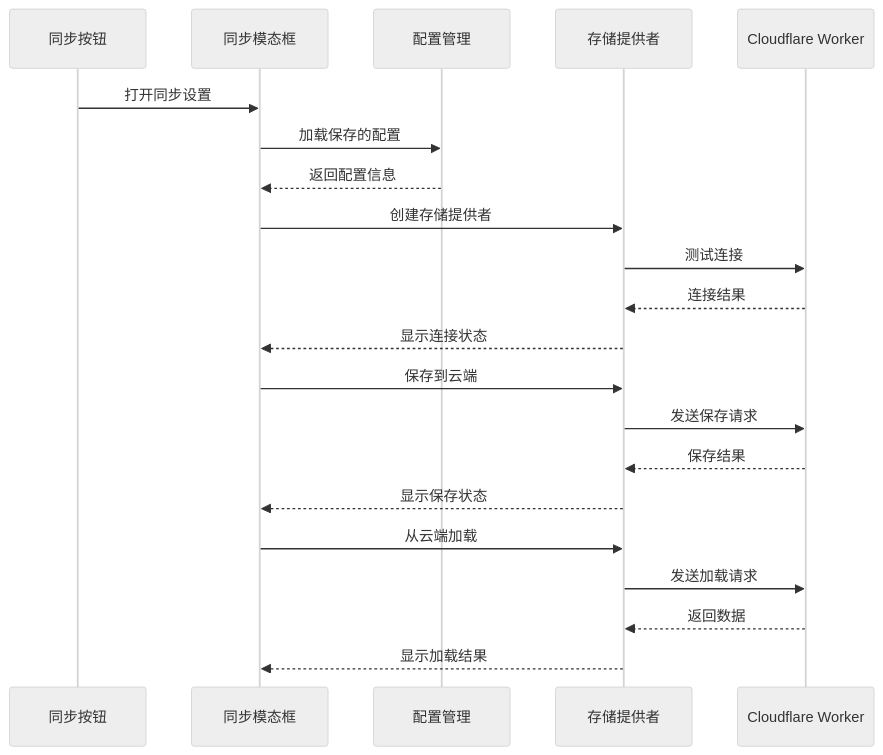
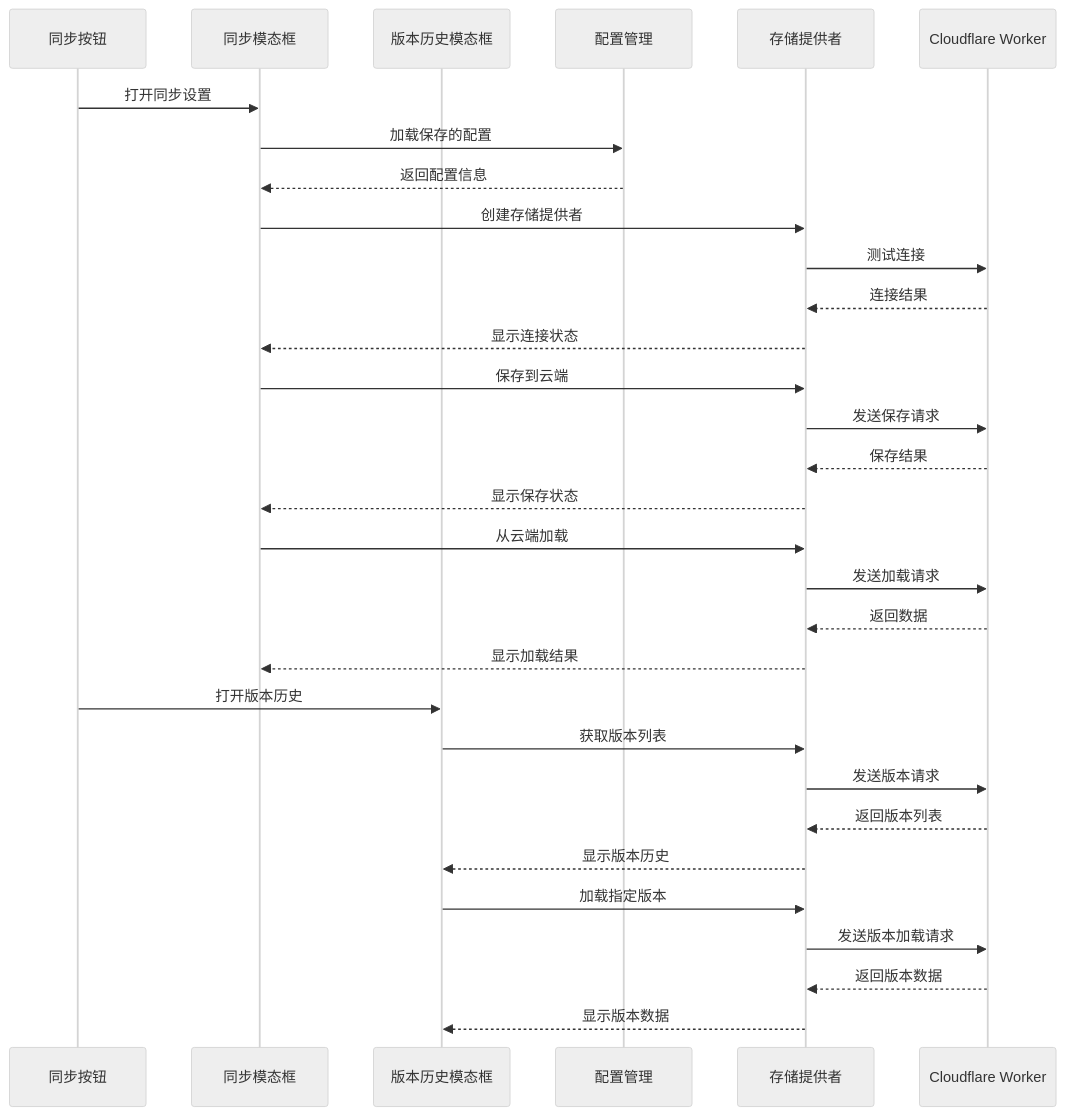
One commit to steveyu2/formula-mapper changed the sixth of 11 diagrams in .qoder/repowiki/zh/content/用户指南/数据管理/云存储系统.md. Above: the diagram before and after it, drawn with Mermaid (neutral theme). The commit also changed other lines of this file and 7 other files, not shown here.

````diff
--- a/.qoder/repowiki/zh/content/用户指南/数据管理/云存储系统.md
+++ b/.qoder/repowiki/zh/content/用户指南/数据管理/云存储系统.md
@@ -269,23 +288,33 @@
 ```mermaid
 sequenceDiagram
 participant Button as 同步按钮
 participant Modal as 同步模态框
+participant HistoryModal as 版本历史模态框
 participant Config as 配置管理
 participant Provider as 存储提供者
 participant Worker as Cloudflare Worker
 Button->>Modal : 打开同步设置
 Modal->>Config : 加载保存的配置
 Config-->>Modal : 返回配置信息
 Modal->>Provider : 创建存储提供者
 Provider->>Worker : 测试连接
 Worker-->>Provider : 连接结果
 Provider-->>Modal : 显示连接状态
 Modal->>Provider : 保存到云端
 Provider->>Worker : 发送保存请求
 Worker-->>Provider : 保存结果
 Provider-->>Modal : 显示保存状态
 Modal->>Provider : 从云端加载
 Provider->>Worker : 发送加载请求
 Worker-->>Provider : 返回数据
 Provider-->>Modal : 显示加载结果
+Button->>HistoryModal : 打开版本历史
+HistoryModal->>Provider : 获取版本列表
+Provider->>Worker : 发送版本请求
+Worker-->>Provider : 返回版本列表
+Provider-->>HistoryModal : 显示版本历史
+HistoryModal->>Provider : 加载指定版本
+Provider->>Worker : 发送版本加载请求
+Worker-->>Provider : 返回版本数据
+Provider-->>HistoryModal : 显示版本数据
 ```
````
